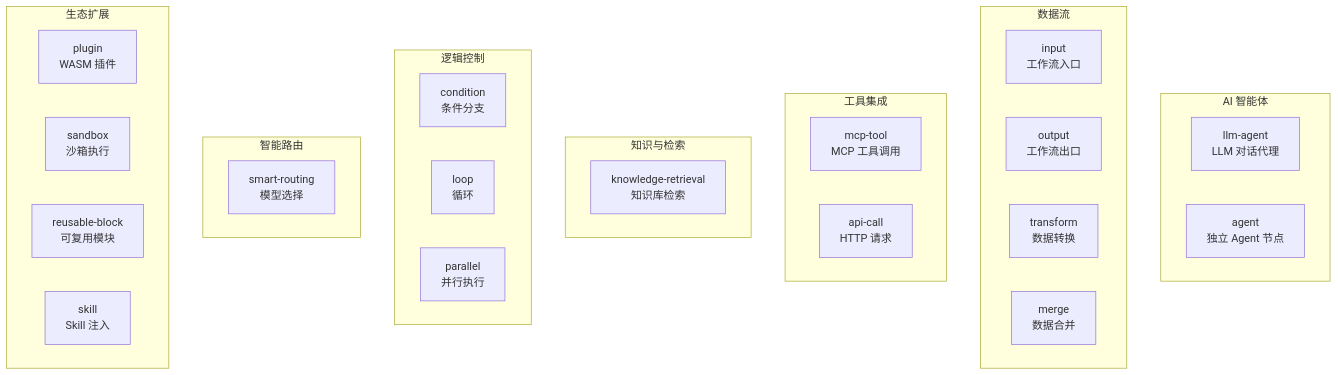
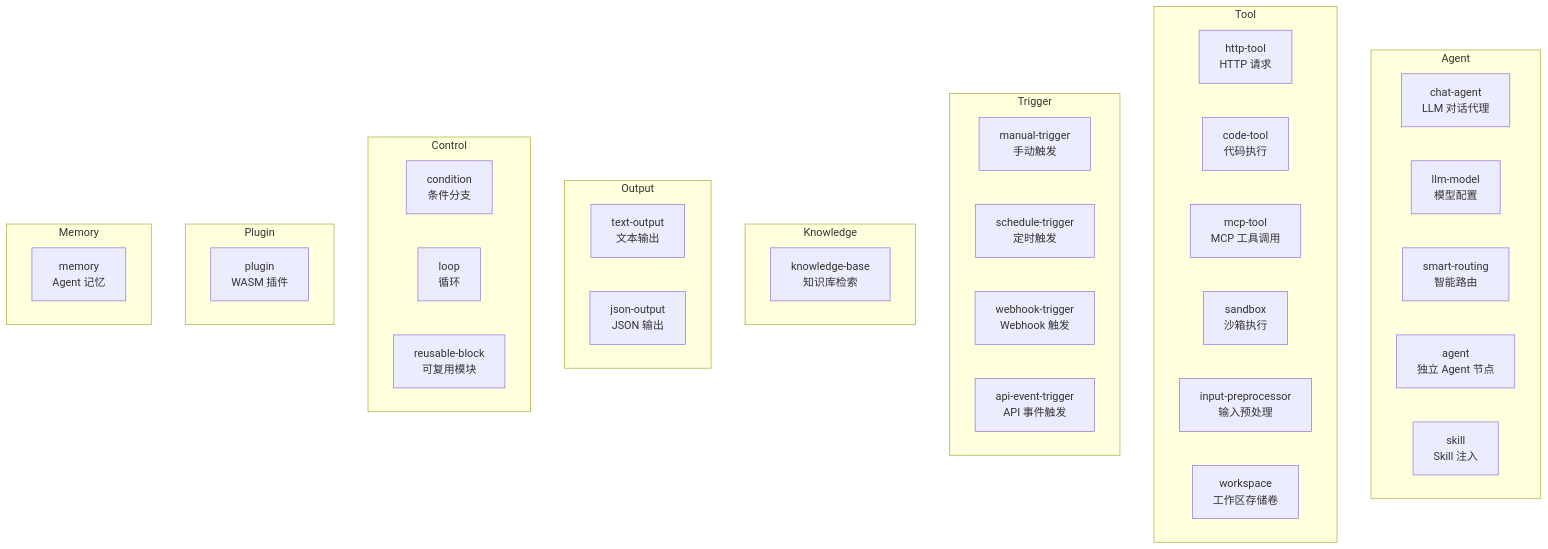
The fourth of 8 diagrams in agentloom-docs/zh/guide/concepts.md (Lynricsy/AgentLoom), drawn with Mermaid before and after one commit. The commit also changed other lines of this file and 2 other files, not shown here.

First line of the commit message:
docs(zh): 📝 更新文档站节点类型(23种/8类别)与端口数据类型(10种canonical+agent)

````diff
--- a/agentloom-docs/zh/guide/concepts.md
+++ b/agentloom-docs/zh/guide/concepts.md
@@ -89,40 +89,49 @@
 ```mermaid
 flowchart TB
-    subgraph AI["AI 智能体"]
-        LLMAgent["llm-agent<br/>LLM 对话代理"]
-        Agent["agent<br/>独立 Agent 节点"]
+    subgraph AgentCat["Agent"]
+        ChatAgent["chat-agent<br/>LLM 对话代理"]
+        LLMModel["llm-model<br/>模型配置"]
+        SmartRouting2["smart-routing<br/>智能路由"]
+        AgentNode["agent<br/>独立 Agent 节点"]
+        SkillNode["skill<br/>Skill 注入"]
     end
 
-    subgraph DataFlow["数据流"]
-        Input["input<br/>工作流入口"]
-        Output["output<br/>工作流出口"]
-        Transform["transform<br/>数据转换"]
-        Merge["merge<br/>数据合并"]
+    subgraph ToolCat["Tool"]
+        HTTPTool["http-tool<br/>HTTP 请求"]
+        CodeTool["code-tool<br/>代码执行"]
+        MCPTool["mcp-tool<br/>MCP 工具调用"]
+        SandboxNode["sandbox<br/>沙箱执行"]
+        InputPreprocessor["input-preprocessor<br/>输入预处理"]
+        WorkspaceNode["workspace<br/>工作区存储卷"]
     end
 
-    subgraph Tools["工具集成"]
-        MCPTool["mcp-tool<br/>MCP 工具调用"]
-        APICall["api-call<br/>HTTP 请求"]
+    subgraph TriggerCat["Trigger"]
+        ManualTrigger["manual-trigger<br/>手动触发"]
+        ScheduleTrigger["schedule-trigger<br/>定时触发"]
+        WebhookTrigger["webhook-trigger<br/>Webhook 触发"]
+        ApiEventTrigger["api-event-trigger<br/>API 事件触发"]
     end
 
-    subgraph Knowledge["知识与检索"]
-        KnowledgeRetrieval["knowledge-retrieval<br/>知识库检索"]
+    subgraph KnowledgeCat["Knowledge"]
+        KnowledgeBase["knowledge-base<br/>知识库检索"]
     end
 
-    subgraph Logic["逻辑控制"]
+    subgraph OutputCat["Output"]
+        TextOutput["text-output<br/>文本输出"]
+        JsonOutput["json-output<br/>JSON 输出"]
+    end
+
+    subgraph ControlCat["Control"]
         Condition["condition<br/>条件分支"]
         Loop["loop<br/>循环"]
-        Parallel["parallel<br/>并行执行"]
+        ReusableBlock["reusable-block<br/>可复用模块"]
     end
 
-    subgraph Routing["智能路由"]
-        SmartRouting["smart-routing<br/>模型选择"]
+    subgraph PluginCat["Plugin"]
+        Plugin["plugin<br/>WASM 插件"]
     end
 
-    subgraph Ecosystem["生态扩展"]
-        Plugin["plugin<br/>WASM 插件"]
-        Sandbox["sandbox<br/>沙箱执行"]
-        ReusableBlock["reusable-block<br/>可复用模块"]
-        Skill["skill<br/>Skill 注入"]
+    subgraph MemoryCat["Memory"]
+        Memory["memory<br/>Agent 记忆"]
     end
 ```
````
